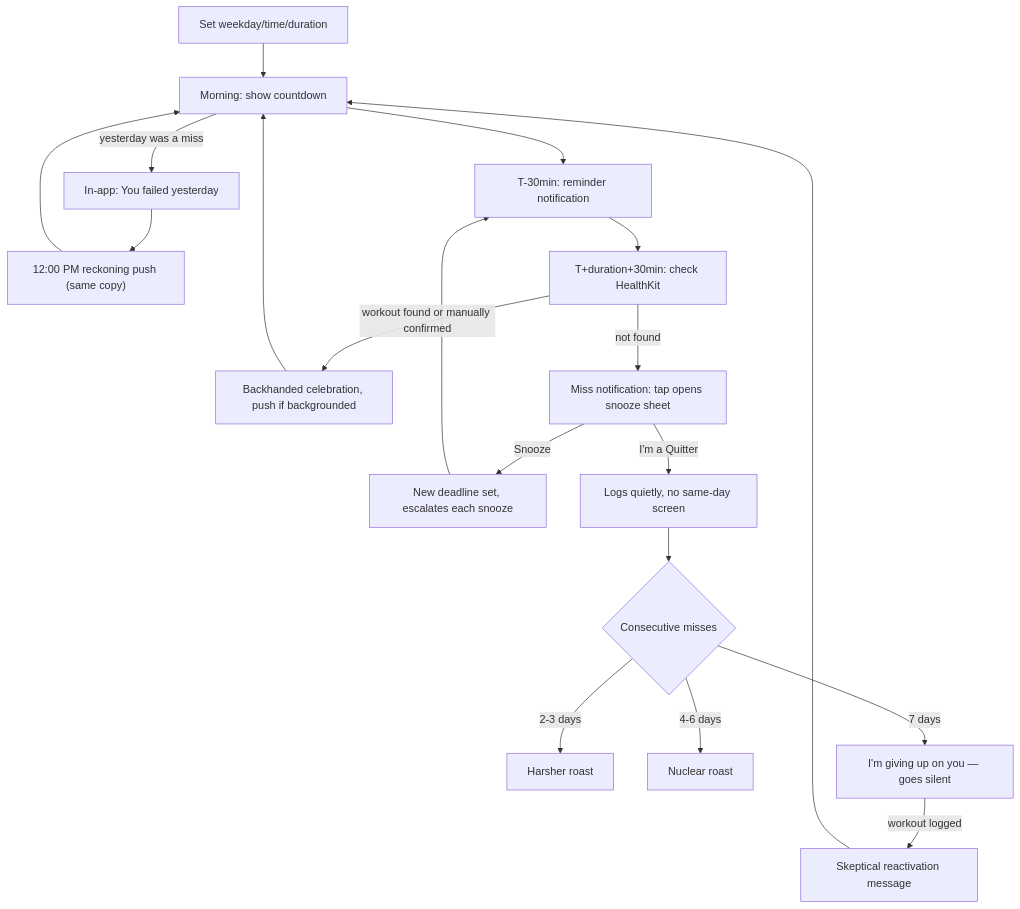
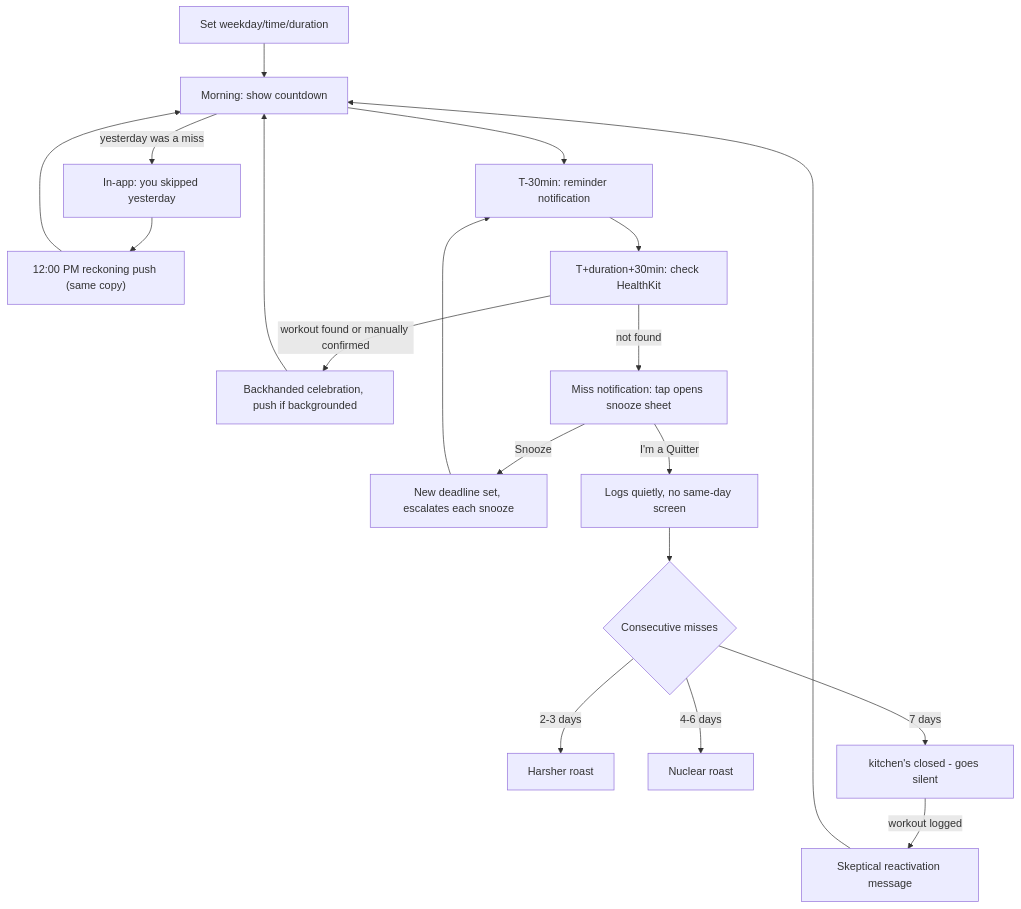
One commit to tvnquinn/broiled changed the diagram in plan.md. Above: the diagram before and after it, drawn with Mermaid. The commit also changed other lines of this file and 2 other files, not shown here.

````diff
--- a/plan.md
+++ b/plan.md
@@ -97,20 +97,20 @@
 ```mermaid
 flowchart TD
   setup[Set weekday/time/duration] --> morning[Morning: show countdown]
-  morning -->|yesterday was a miss| reckoning["In-app: You failed yesterday"]
+  morning -->|yesterday was a miss| reckoning["In-app: you skipped yesterday"]
   reckoning --> noonPush["12:00 PM reckoning push (same copy)"]
   noonPush --> morning
   morning --> preReminder["T-30min: reminder notification"]
   preReminder --> checkTime["T+duration+30min: check HealthKit"]
   checkTime -->|workout found or manually confirmed| success[Backhanded celebration, push if backgrounded]
   checkTime -->|not found| missNotif["Miss notification: tap opens snooze sheet"]
   missNotif -->|Snooze| snoozeInsult[New deadline set, escalates each snooze] --> preReminder
   missNotif -->|"I'm a Quitter"| quietFail[Logs quietly, no same-day screen]
   quietFail --> streak{Consecutive misses}
   streak -->|2-3 days| harsher[Harsher roast]
   streak -->|4-6 days| nuclear[Nuclear roast]
-  streak -->|7 days| givingUp["I'm giving up on you" — goes silent]
+  streak -->|7 days| givingUp["kitchen's closed" - goes silent]
   givingUp -->|workout logged| reactivate[Skeptical reactivation message]
   reactivate --> morning
   success --> morning
 ```
````
